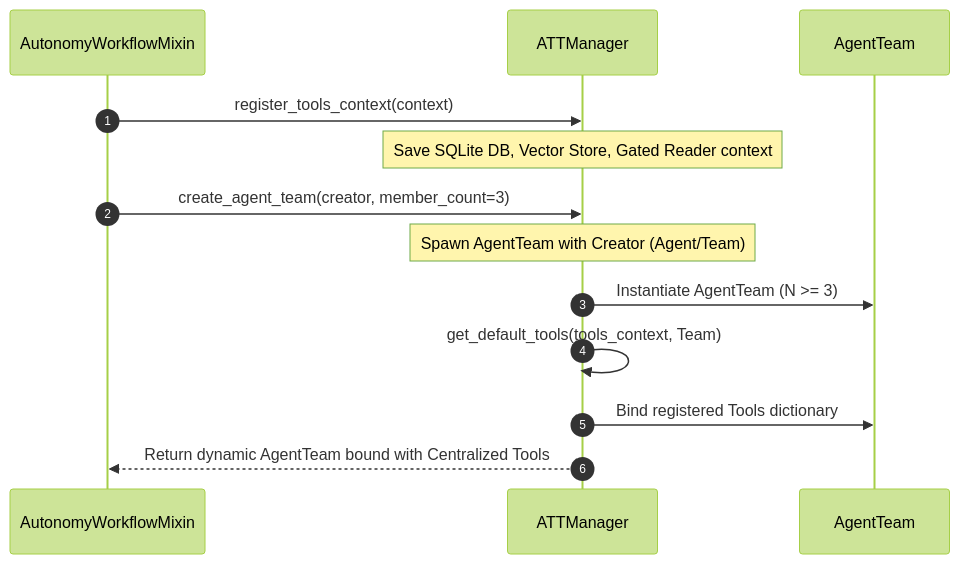
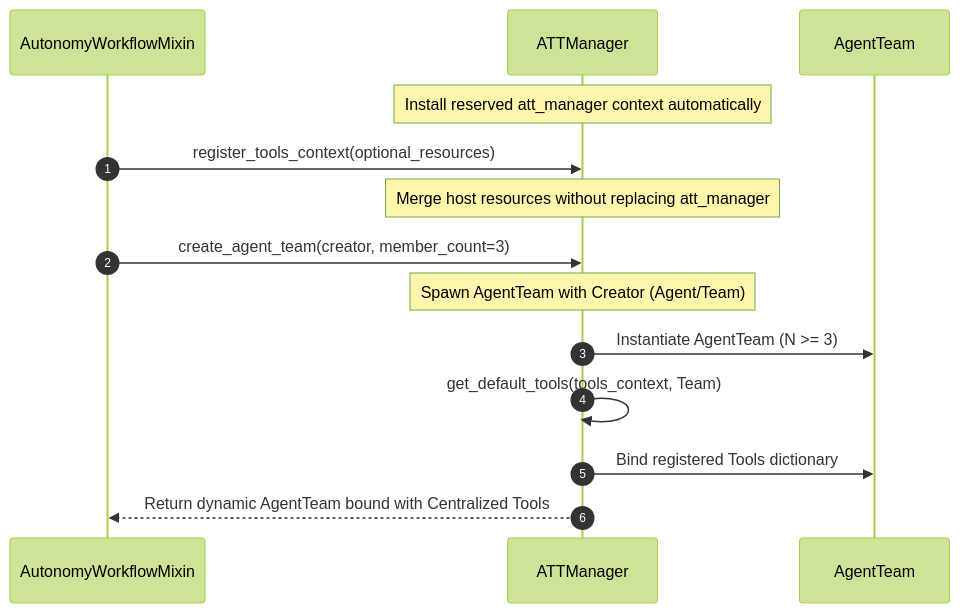
Before and after one commit to AI-Team-Team/AI-Team-Team: the first of 2 diagrams in docs/flowcharts/Negotiation_Broker_Sibling_Routing.md, drawn with Mermaid (forest theme). The commit also changed 38 other files, not shown here.

````diff
--- a/docs/flowcharts/Negotiation_Broker_Sibling_Routing.md
+++ b/docs/flowcharts/Negotiation_Broker_Sibling_Routing.md
@@ -9,17 +9,18 @@
 ```mermaid
 sequenceDiagram
     autonumber
     participant Mixin as AutonomyWorkflowMixin
     participant Manager as ATTManager
     participant Team as AgentTeam
     
-    Mixin->>Manager: register_tools_context(context)
-    Note over Manager: Save SQLite DB, Vector Store, Gated Reader context
+    Note over Manager: Install reserved att_manager context automatically
+    Mixin->>Manager: register_tools_context(optional_resources)
+    Note over Manager: Merge host resources without replacing att_manager
     
     Mixin->>Manager: create_agent_team(creator, member_count=3)
     Note over Manager: Spawn AgentTeam with Creator (Agent/Team)
     Manager->>Team: Instantiate AgentTeam (N >= 3)
     Manager->>Manager: get_default_tools(tools_context, Team)
     Manager->>Team: Bind registered Tools dictionary
     Manager-->>Mixin: Return dynamic AgentTeam bound with Centralized Tools
 ```
````
